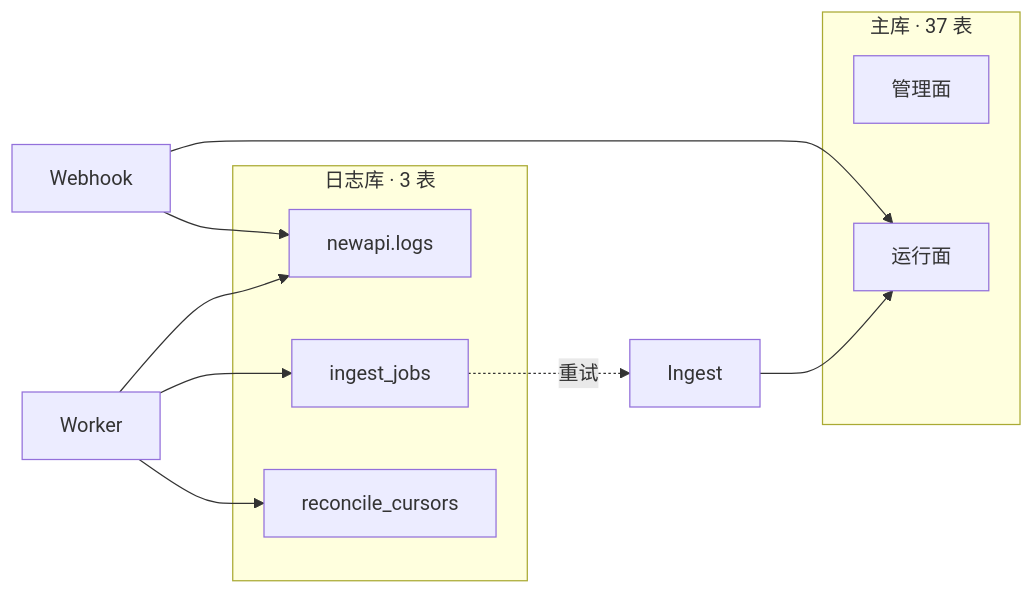
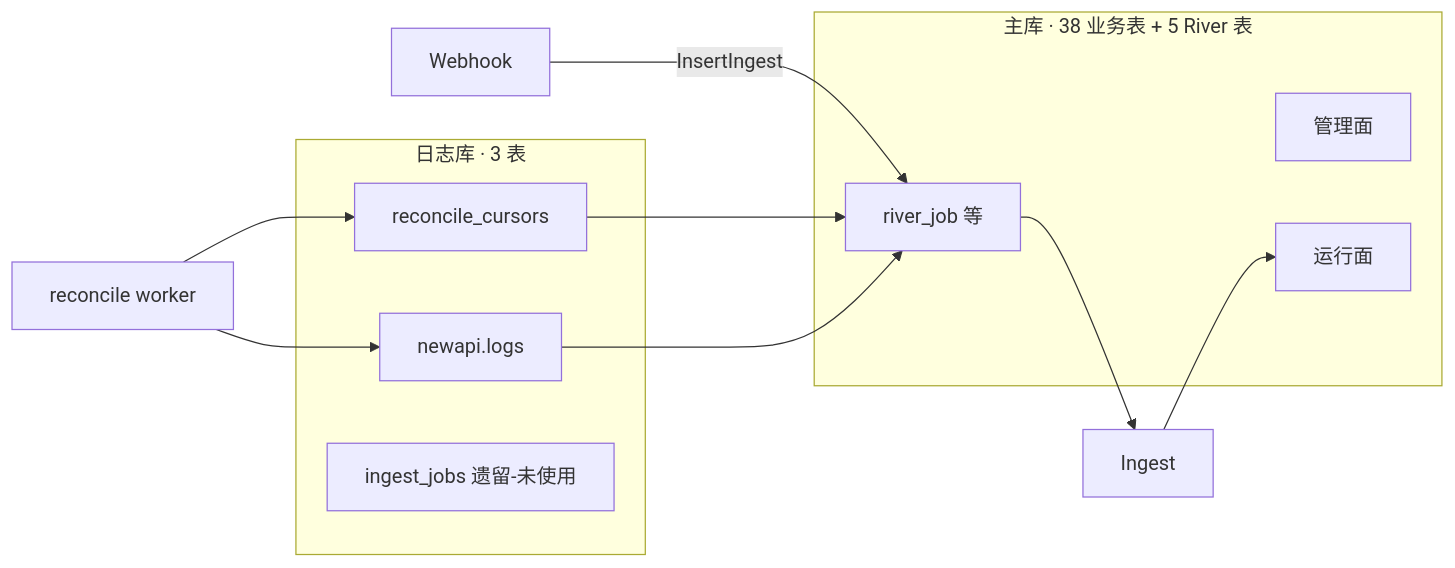
One commit to quyip8818/mytokenjoy changed the first of 7 diagrams in apps/docs/Backend-存储架构.md. Above: the diagram before and after it, drawn with Mermaid. The commit also changed other lines of this file and 33 other files, not shown here.

````diff
--- a/apps/docs/Backend-存储架构.md
+++ b/apps/docs/Backend-存储架构.md
@@ -18,18 +18,18 @@
 ```mermaid
 flowchart LR
-  subgraph main [主库 · 37 表]
+  subgraph main [主库 · 38 业务表 + 5 River 表]
     MGMT[管理面]
     RUN[运行面]
+    RJ[river_job 等]
   end
 
   subgraph logs [日志库 · 3 表]
     NL[newapi.logs]
-    IF[ingest_jobs]
     RC[reconcile_cursors]
+    IF[ingest_jobs 遗留-未使用]
   end
 
-  WH[Webhook] --> RUN & NL
-  ING[Ingest] --> RUN
-  WK[Worker] --> RC & IF & NL
-  IF -.->|重试| ING
+  WH[Webhook] -->|InsertIngest| RJ
+  RJ --> ING[Ingest] --> RUN
+  WK[reconcile worker] --> RC & NL --> RJ
 ```
````
